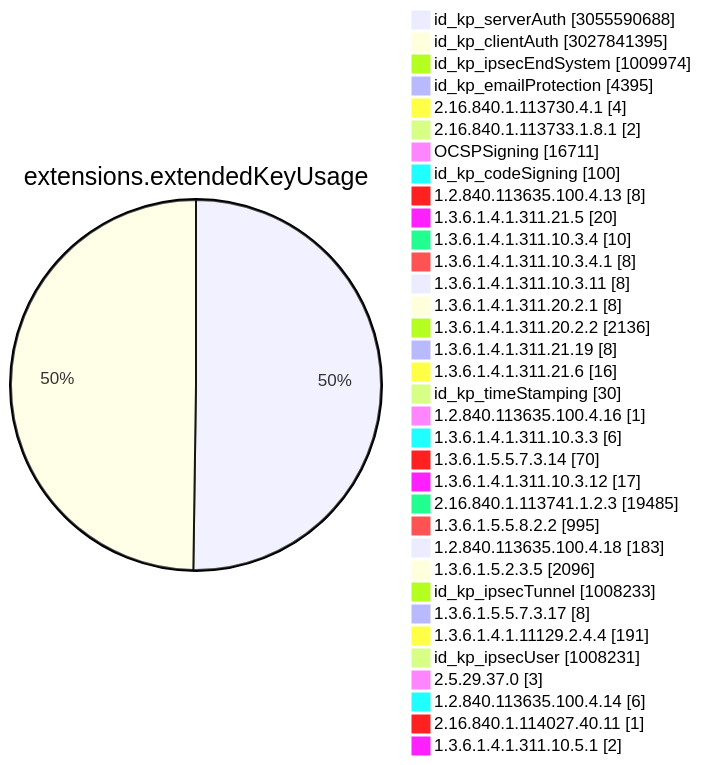
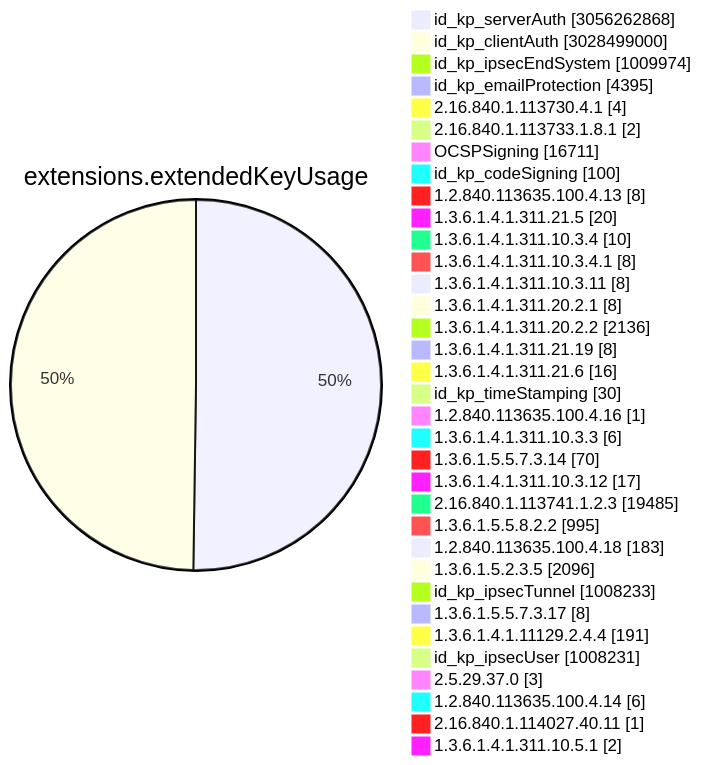
Diagram 11 of 15 in TOTAL/README.md (christiankrug/ctmonitor_visualization), drawn with Mermaid before and after one commit. The commit also changed other lines of this file, not shown here.

````diff
--- a/TOTAL/README.md
+++ b/TOTAL/README.md
@@ -4118,38 +4118,38 @@
 ```mermaid
 pie showData
 title extensions.extendedKeyUsage
-"id_kp_serverAuth" :3055590688
-"id_kp_clientAuth" :3027841395
+"id_kp_serverAuth" :3056262868
+"id_kp_clientAuth" :3028499000
 "id_kp_ipsecEndSystem" :1009974
 "id_kp_emailProtection" :4395
 "2.16.840.1.113730.4.1" :4
 "2.16.840.1.113733.1.8.1" :2
 "OCSPSigning" :16711
 "id_kp_codeSigning" :100
 "1.2.840.113635.100.4.13" :8
 "1.3.6.1.4.1.311.21.5" :20
 "1.3.6.1.4.1.311.10.3.4" :10
 "1.3.6.1.4.1.311.10.3.4.1" :8
 "1.3.6.1.4.1.311.10.3.11" :8
 "1.3.6.1.4.1.311.20.2.1" :8
 "1.3.6.1.4.1.311.20.2.2" :2136
 "1.3.6.1.4.1.311.21.19" :8
 "1.3.6.1.4.1.311.21.6" :16
 "id_kp_timeStamping" :30
 "1.2.840.113635.100.4.16" :1
 "1.3.6.1.4.1.311.10.3.3" :6
 "1.3.6.1.5.5.7.3.14" :70
 "1.3.6.1.4.1.311.10.3.12" :17
 "2.16.840.1.113741.1.2.3" :19485
 "1.3.6.1.5.5.8.2.2" :995
 "1.2.840.113635.100.4.18" :183
 "1.3.6.1.5.2.3.5" :2096
 "id_kp_ipsecTunnel" :1008233
 "1.3.6.1.5.5.7.3.17" :8
 "1.3.6.1.4.1.11129.2.4.4" :191
 "id_kp_ipsecUser" :1008231
 "2.5.29.37.0" :3
 "1.2.840.113635.100.4.14" :6
 "2.16.840.1.114027.40.11" :1
 "1.3.6.1.4.1.311.10.5.1" :2
 ```
````
